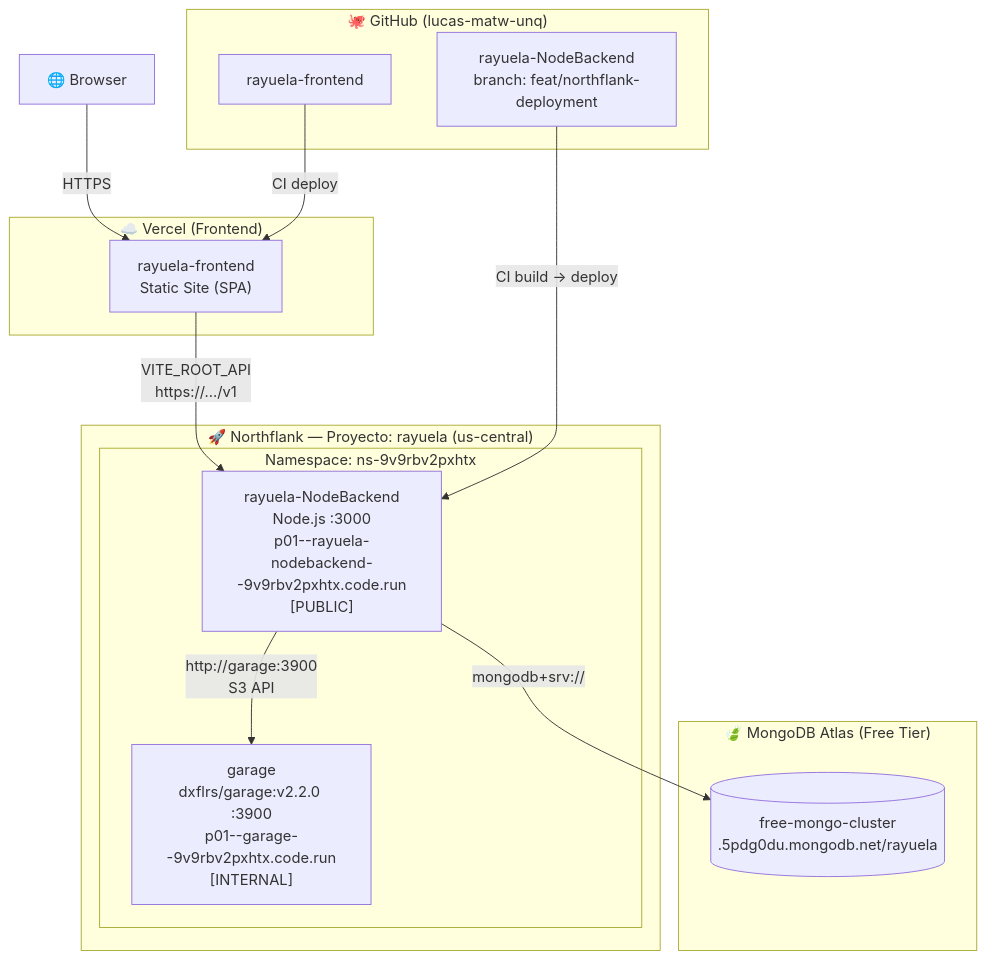
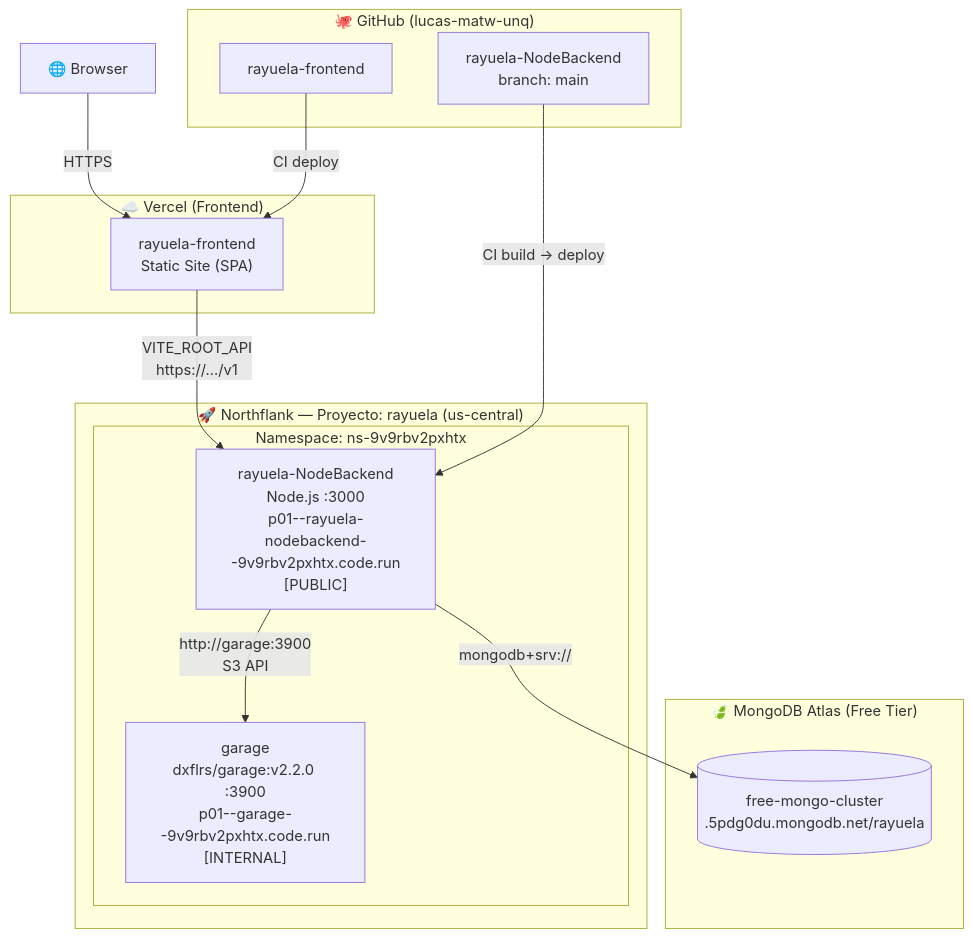
Before and after one commit to lucas-matw-unq/rayuela-NodeBackend: the diagram in docs/deployment.md, drawn with Mermaid. The commit also changed other lines of this file and 1 other file, not shown here.

Commit message:
docs: consolidate CI/CD and detailed garage info into deployment (#37)

````diff
--- a/docs/deployment.md
+++ b/docs/deployment.md
@@ -7,32 +7,32 @@
 ```mermaid
 flowchart TB
     Browser["🌐 Browser"]
 
     subgraph Vercel["☁️ Vercel (Frontend)"]
         VFE["rayuela-frontend\nStatic Site (SPA)"]
     end
 
     subgraph Atlas["🍃 MongoDB Atlas (Free Tier)"]
         DB[("free-mongo-cluster\n.5pdg0du.mongodb.net/rayuela")]
     end
 
     subgraph Northflank["🚀 Northflank — Proyecto: rayuela (us-central)"]
         subgraph ns["Namespace: ns-9v9rbv2pxhtx"]
             BE["rayuela-NodeBackend\nNode.js :3000\np01--rayuela-nodebackend--9v9rbv2pxhtx.code.run\n[PUBLIC]"]
             GR["garage\ndxflrs/garage:v2.2.0 :3900\np01--garage--9v9rbv2pxhtx.code.run\n[INTERNAL]"]
         end
     end
 
     subgraph GitHub["🐙 GitHub (lucas-matw-unq)"]
-        REPO_BE["rayuela-NodeBackend\nbranch: feat/northflank-deployment"]
+        REPO_BE["rayuela-NodeBackend\nbranch: main"]
         REPO_FE["rayuela-frontend"]
     end
 
     Browser -->|"HTTPS"| VFE
     VFE -->|"VITE_ROOT_API\nhttps://.../v1"| BE
     BE -->|"mongodb+srv://"| DB
     BE -->|"http://garage:3900\nS3 API"| GR
 
     REPO_BE -->|"CI build → deploy"| BE
     REPO_FE -->|"CI deploy"| VFE
 ```
````
